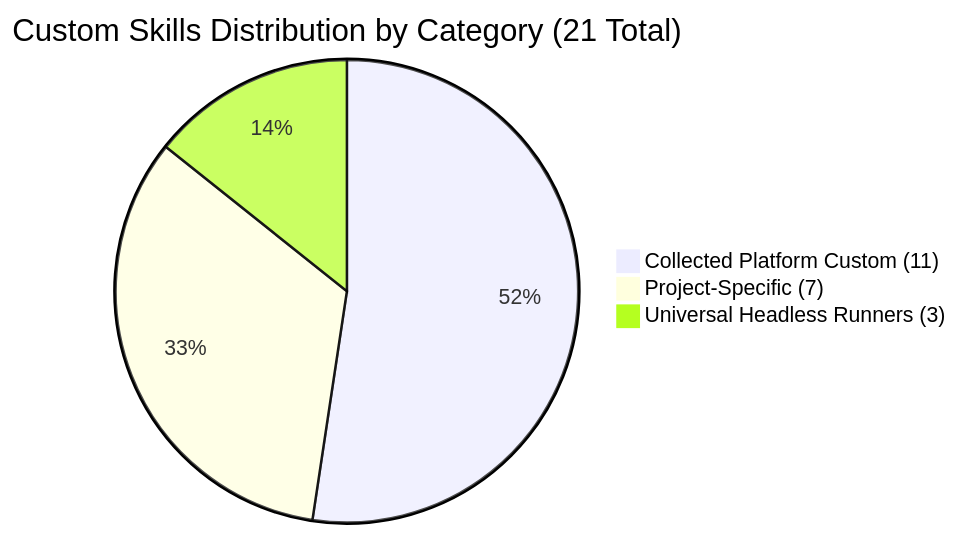
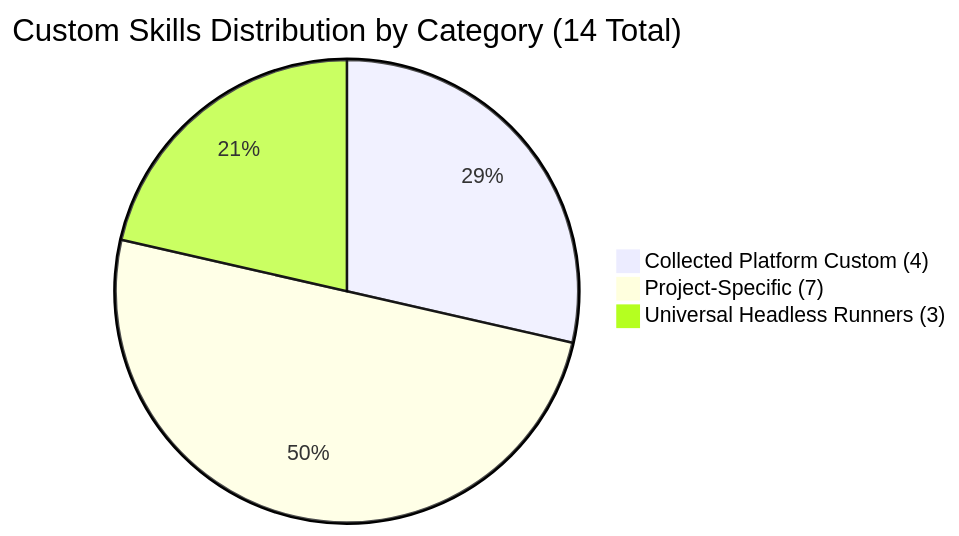
Before and after one commit to trishul-developers/trishul-skills: the diagram in docs/TAXONOMY.md, drawn with Mermaid. The commit also changed other lines of this file and 46 other files, not shown here.

````diff
--- a/docs/TAXONOMY.md
+++ b/docs/TAXONOMY.md
@@ -9,6 +9,6 @@
 ```mermaid
-pie title Custom Skills Distribution by Category (21 Total)
-    "Collected Platform Custom (11)" : 11
+pie title Custom Skills Distribution by Category (14 Total)
+    "Collected Platform Custom (4)" : 4
     "Project-Specific (7)" : 7
     "Universal Headless Runners (3)" : 3
 ```
````
